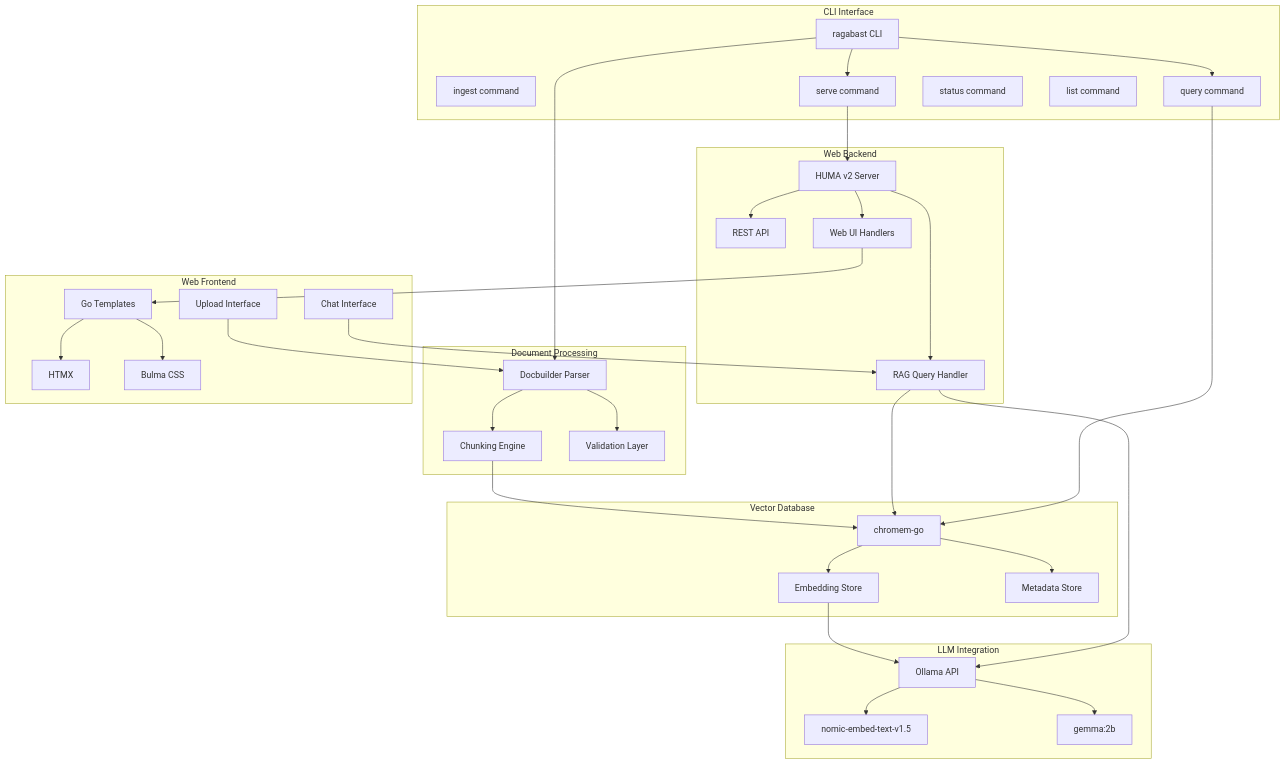
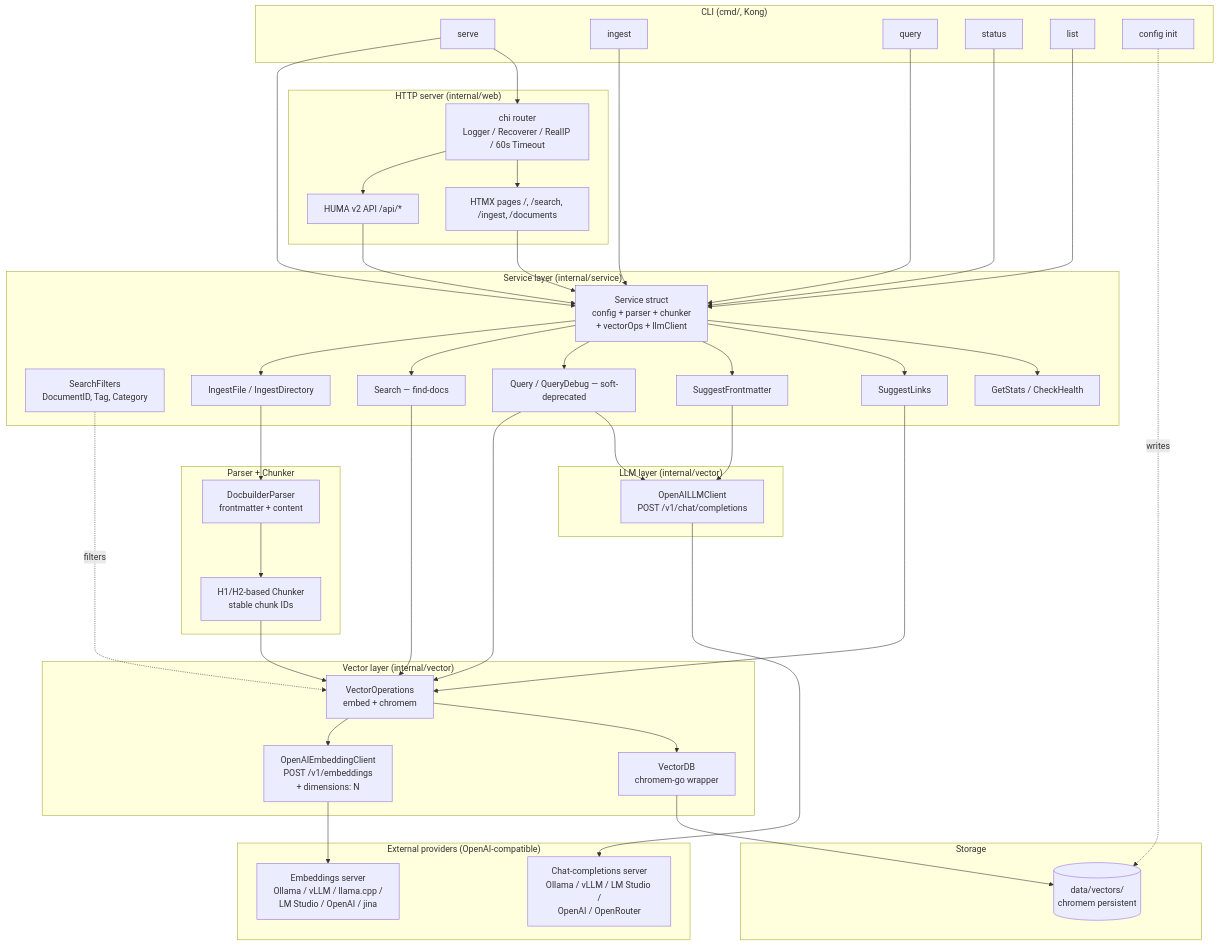
One commit to inful/ragabast changed the diagram in plans/architecture.md. Above: the diagram before and after it, drawn with Mermaid. The commit also changed other lines of this file, not shown here.

````diff
--- a/plans/architecture.md
+++ b/plans/architecture.md
@@ -5,76 +9,82 @@
 ```mermaid
 graph TB
-    subgraph "CLI Interface"
-        CLI[ragabast CLI]
-        ingest[ingest command]
-        query[query command]
-        serve[serve command]
-        status[status command]
-        list[list command]
+    subgraph "CLI (cmd/, Kong)"
+        serve[serve]
+        ingest[ingest]
+        query[query]
+        status[status]
+        list[list]
+        config[config init]
     end
 
-    subgraph "Document Processing"
-        parser[Docbuilder Parser]
-        chunker[Chunking Engine]
-        validator[Validation Layer]
+    subgraph "Service layer (internal/service)"
+        service[Service struct<br/>config + parser + chunker<br/>+ vectorOps + llmClient]
+        searchFilters[SearchFilters<br/>DocumentID, Tag, Category]
+        ingestFn[IngestFile / IngestDirectory]
+        searchFn[Search — find-docs]
+        queryFn[Query / QueryDebug — soft-deprecated]
+        frontmatterFn[SuggestFrontmatter]
+        linksFn[SuggestLinks]
+        statsFn[GetStats / CheckHealth]
     end
 
-    subgraph "Vector Database"
-        chromem[chromem-go]
-        embeddings[Embedding Store]
-        metadata[Metadata Store]
+    subgraph "Parser + Chunker"
+        parser[DocbuilderParser<br/>frontmatter + content]
+        chunker[H1/H2-based Chunker<br/>stable chunk IDs]
     end
 
-    subgraph "LLM Integration"
-        ollama[Ollama API]
-        embed_model[nomic-embed-text-v1.5]
-        gen_model[gemma:2b]
+    subgraph "Vector layer (internal/vector)"
+        ops[VectorOperations<br/>embed + chromem]
+        db[VectorDB<br/>chromem-go wrapper]
+        embed[OpenAIEmbeddingClient<br/>POST /v1/embeddings<br/>+ dimensions: N]
     end
 
-    subgraph "Web Backend"
-        server[HUMA v2 Server]
-        api[REST API]
-        web_handlers[Web UI Handlers]
-        rag_endpoint[RAG Query Handler]
+    subgraph "LLM layer (internal/vector)"
+        llm[OpenAILLMClient<br/>POST /v1/chat/completions]
     end
 
-    subgraph "Web Frontend"
-        templates[Go Templates]
-        htmx[HTMX]
-        bulma[Bulma CSS]
-        upload[Upload Interface]
-        chat[Chat Interface]
+    subgraph "Storage"
+        vectorsDir[(data/vectors/<br/>chromem persistent)]
     end
 
-    CLI --> parser
-    CLI --> query
-    CLI --> serve
-    
-    parser --> validator
-    parser --> chunker
-    
-    chunker --> chromem
-    chromem --> embeddings
-    chromem --> metadata
-    
-    embeddings --> ollama
-    ollama --> embed_model
-    
-    serve --> server
-    server --> api
-    server --> web_handlers
-    server --> rag_endpoint
-    
-    web_handlers --> templates
-    templates --> htmx
-    templates --> bulma
-    
-    upload --> parser
-    chat --> rag_endpoint
-    
-    rag_endpoint --> ollama
-    ollama --> gen_model
-    rag_endpoint --> chromem
-    
-    query --> chromem
+    subgraph "HTTP server (internal/web)"
+        chi[chi router<br/>Logger / Recoverer / RealIP / 60s Timeout]
+        huma[HUMA v2 API /api/*]
+        pages[HTMX pages /, /search, /ingest, /documents]
+    end
+
+    subgraph "External providers (OpenAI-compatible)"
+        embProv[Embeddings server<br/>Ollama / vLLM / llama.cpp /<br/>LM Studio / OpenAI / jina]
+        chatProv[Chat-completions server<br/>Ollama / vLLM / LM Studio /<br/>OpenAI / OpenRouter]
+    end
+
+    serve --> service
+    ingest --> service
+    query --> service
+    status --> service
+    list --> service
+    config -. writes .-> vectorsDir
+
+    service --> ingestFn
+    service --> searchFn
+    service --> queryFn
+    service --> frontmatterFn
+    service --> linksFn
+    service --> statsFn
+
+    ingestFn --> parser --> chunker --> ops --> embed --> embProv
+    searchFn --> ops
+    queryFn --> ops
+    queryFn --> llm --> chatProv
+    frontmatterFn --> llm
+    linksFn --> ops
+    searchFilters -. filters .-> ops
+
+    ops --> db --> vectorsDir
+
+    serve --> chi
+    chi --> huma
+    chi --> pages
+    huma --> service
+    pages --> service
 ```
````
